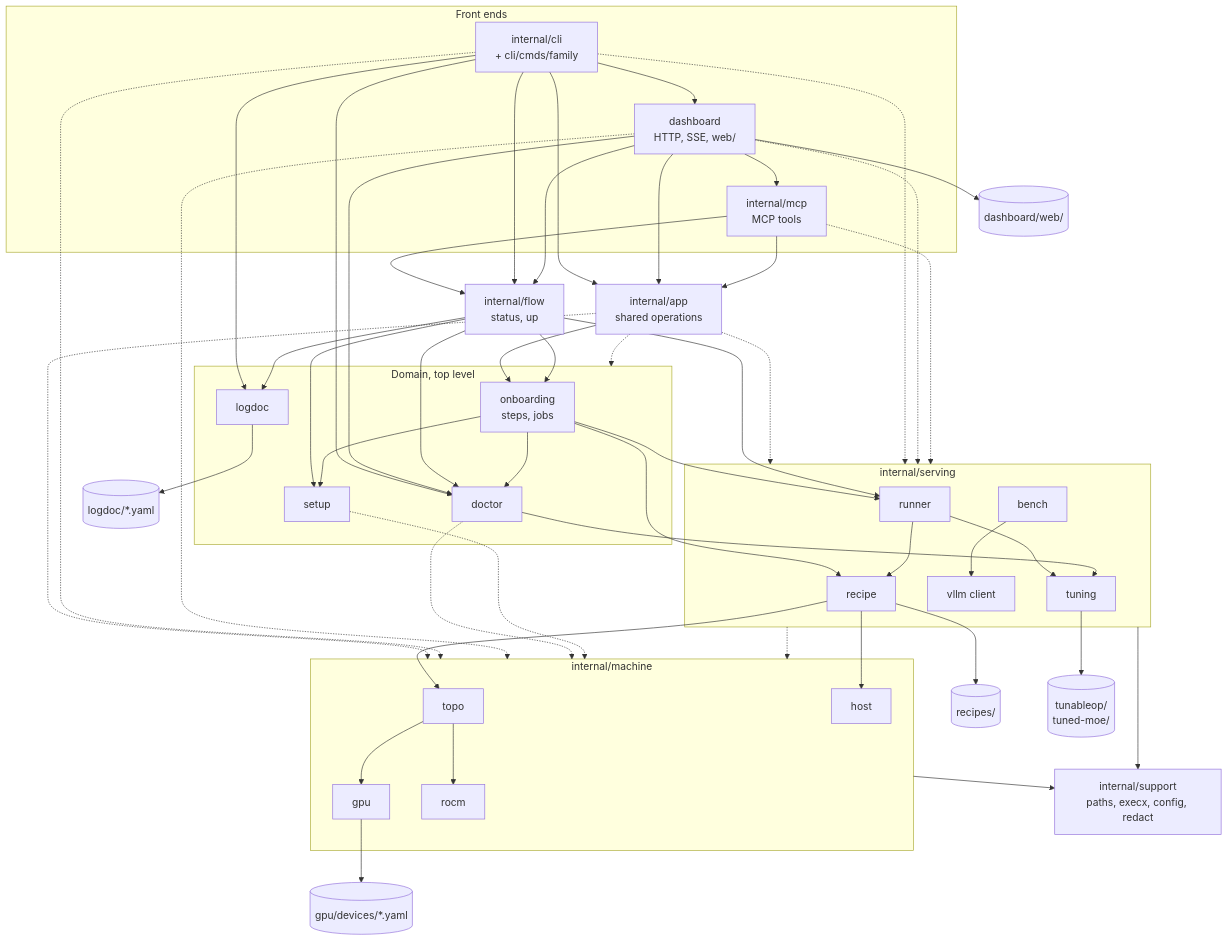
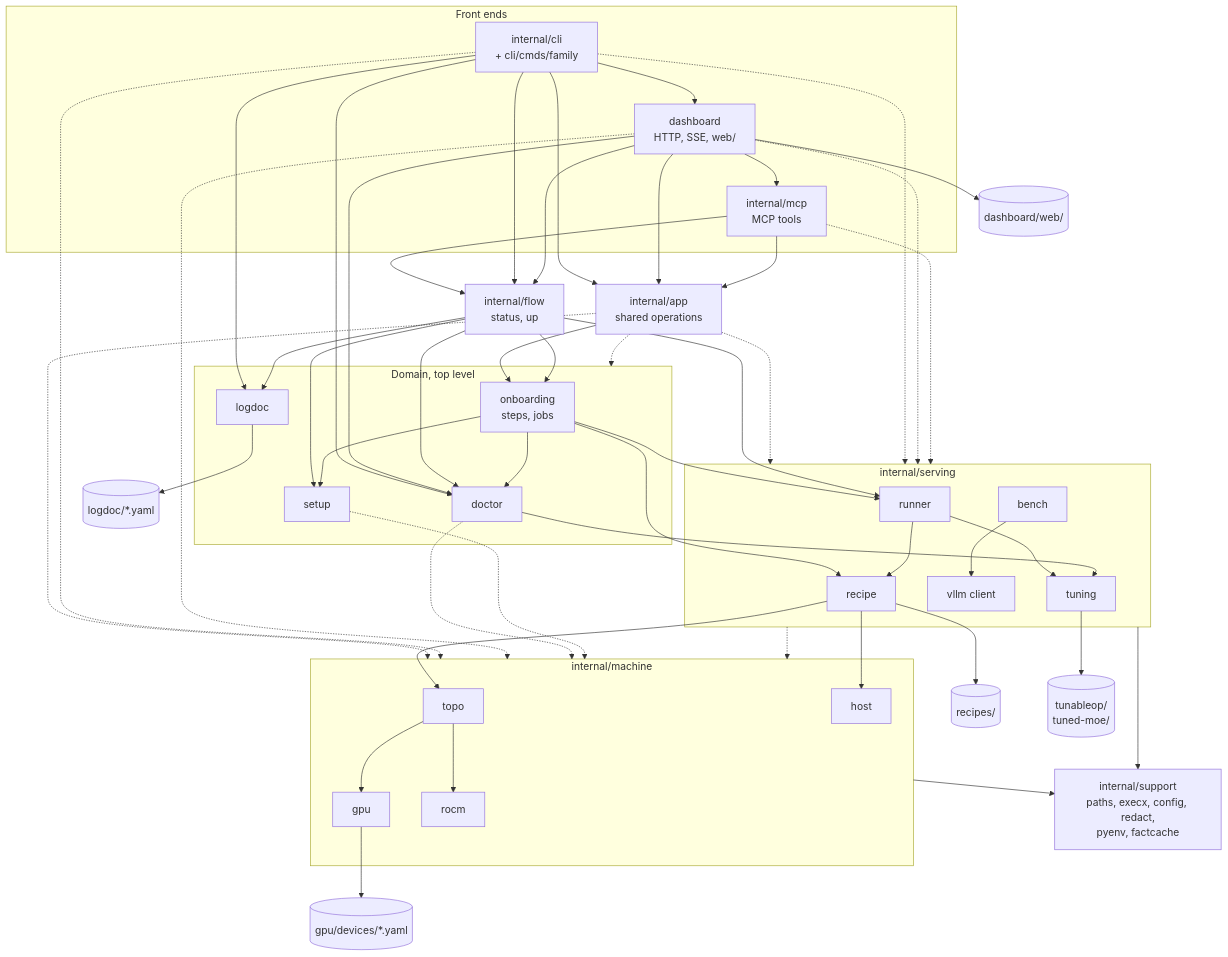
One commit to opengfx1030/bernie changed the first of 7 diagrams in docs/architecture.md. Above: the diagram before and after it, drawn with Mermaid. The commit also changed other lines of this file, not shown here.

Commit message:
docs: list the new support packages

````diff
--- a/docs/architecture.md
+++ b/docs/architecture.md
@@ -20,82 +20,82 @@
 ```mermaid
 flowchart TB
   subgraph front["Front ends"]
     CLI["internal/cli<br/>+ cli/cmds/family"]
     DASH["dashboard<br/>HTTP, SSE, web/"]
     MCP["internal/mcp<br/>MCP tools"]
   end
   APP["internal/app<br/>shared operations"]
   FLOW["internal/flow<br/>status, up"]
   subgraph top["Domain, top level"]
     DOC["doctor"]
     SET["setup"]
     LOG["logdoc"]
     ONB["onboarding<br/>steps, jobs"]
   end
   subgraph serving["internal/serving"]
     RUN["runner"]
     REC["recipe"]
     TUN["tuning"]
     BEN["bench"]
     VLLM["vllm client"]
   end
   subgraph machine["internal/machine"]
     TOPO["topo"]
     GPU["gpu"]
     HOST["host"]
     ROCM["rocm"]
   end
-  SUP["internal/support<br/>paths, execx, config, redact"]
+  SUP["internal/support<br/>paths, execx, config, redact,<br/>pyenv, factcache"]
   D1[("gpu/devices/*.yaml")]
   D2[("recipes/")]
   D3[("tunableop/<br/>tuned-moe/")]
   D4[("logdoc/*.yaml")]
   D5[("dashboard/web/")]
   CLI --> APP
   DASH --> APP
   MCP --> APP
   APP --> ONB
   FLOW --> ONB
   MCP --> FLOW
   DASH --> MCP
   APP -.-> top
   APP -.-> serving
   APP -.-> machine
   CLI --> FLOW
   CLI --> DASH
   CLI --> DOC
   DASH --> FLOW
   CLI --> LOG
   DASH --> DOC
   FLOW --> DOC
   FLOW --> SET
   FLOW --> RUN
   FLOW --> LOG
   ONB --> DOC
   ONB --> SET
   ONB --> REC
   ONB --> RUN
   RUN --> REC
   RUN --> TUN
   REC --> TOPO
   REC --> HOST
   DOC --> TUN
   TOPO --> GPU
   TOPO --> ROCM
   BEN --> VLLM
   CLI -.-> serving
   DASH -.-> serving
   MCP -.-> serving
   CLI -.-> machine
   DASH -.-> machine
   DOC -.-> machine
   SET -.-> machine
   serving -.-> machine
   machine --> SUP
   serving --> SUP
   GPU --> D1
   REC --> D2
   TUN --> D3
   LOG --> D4
   DASH --> D5
 ```
````
